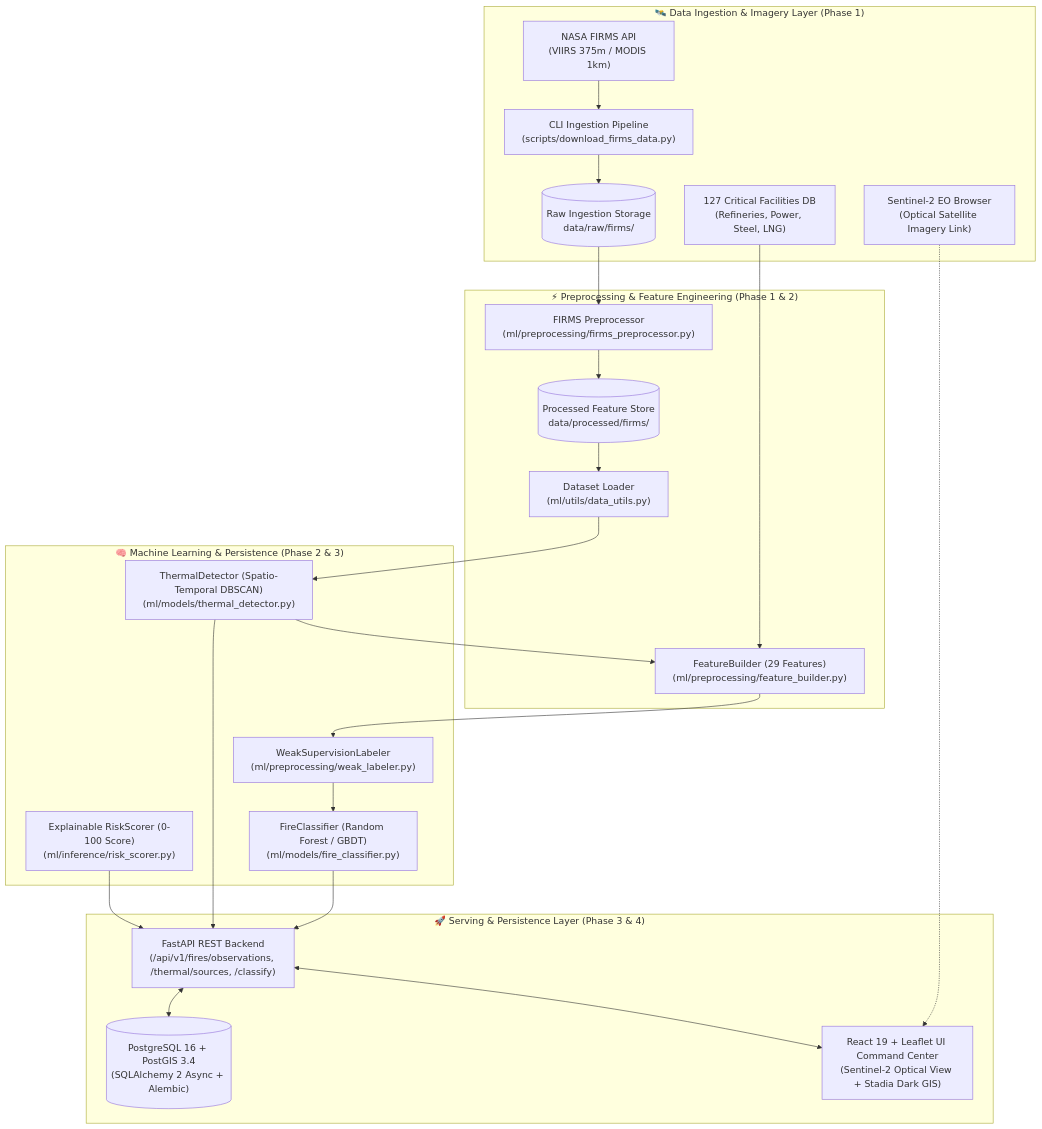
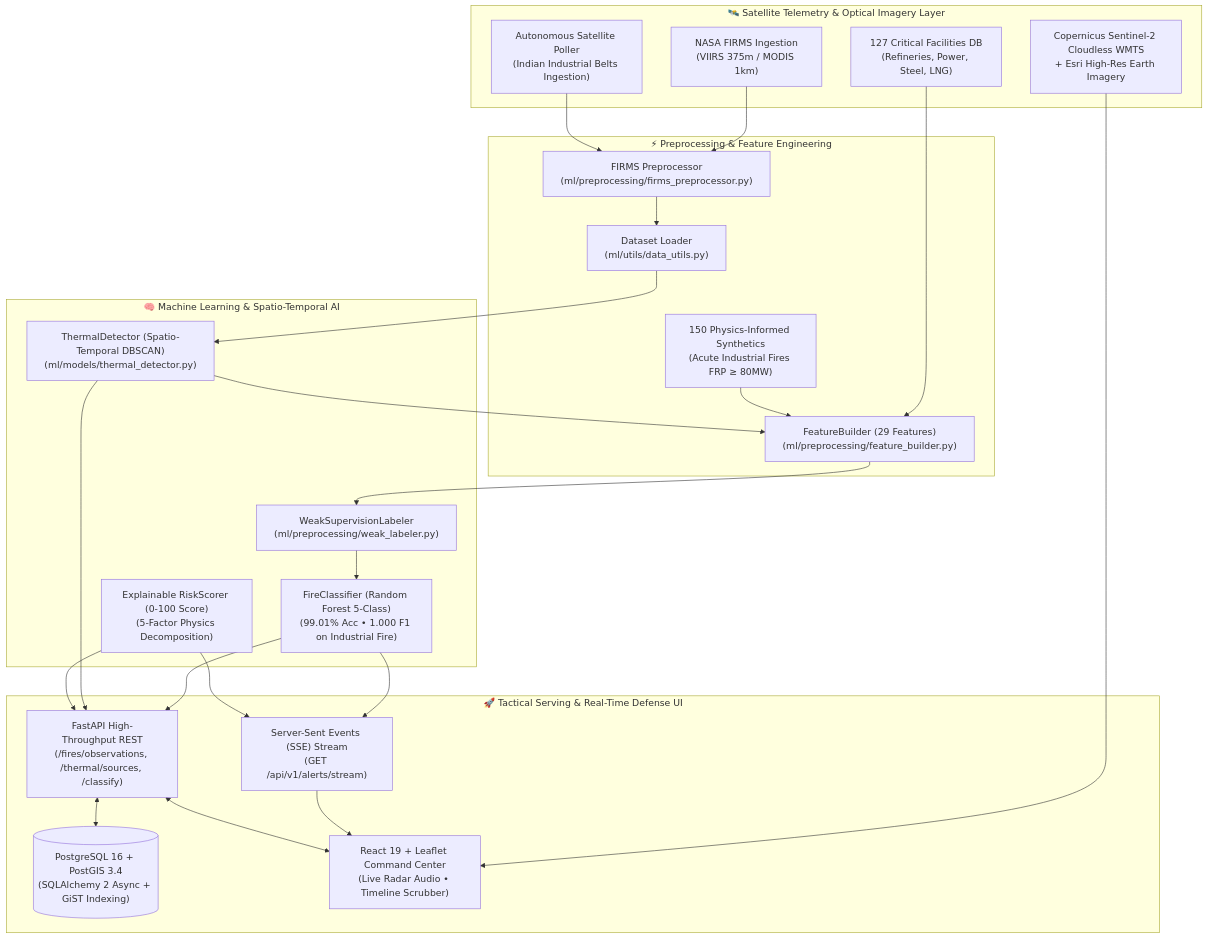
The diagram in SIH26162/README.md (AyushPrad2907/AI-Based-Detection-and-Classification-of-Industrial-Fires-and-Persistent-Thermal-Sources), drawn with Mermaid before and after one commit. The commit also changed other lines of this file, not shown here.

Commit message:
docs: finalize README with real-time architecture, Phase 6/7 roadmap, and 1-command Docker launch

````diff
--- a/SIH26162/README.md
+++ b/SIH26162/README.md
@@ -63,41 +63,46 @@
 ```mermaid
 flowchart TB
-    subgraph S1["🛰️ Data Ingestion & Imagery Layer (Phase 1)"]
-        FIRMS["NASA FIRMS API<br/>(VIIRS 375m / MODIS 1km)"]
-        SENTINEL["Sentinel-2 EO Browser<br/>(Optical Satellite Imagery Link)"]
+    subgraph S1["🛰️ Satellite Telemetry & Optical Imagery Layer"]
+        FIRMS["NASA FIRMS Ingestion<br/>(VIIRS 375m / MODIS 1km)"]
+        SENTINEL["Copernicus Sentinel-2 Cloudless WMTS<br/>+ Esri High-Res Earth Imagery"]
         GAZETTEER["127 Critical Facilities DB<br/>(Refineries, Power, Steel, LNG)"]
-        CLI["CLI Ingestion Pipeline<br/>(scripts/download_firms_data.py)"]
-        RAW_DB[("Raw Ingestion Storage<br/>data/raw/firms/")]
+        POLLER["Autonomous Satellite Poller<br/>(Indian Industrial Belts Ingestion)"]
     end
 
-    subgraph S2["⚡ Preprocessing & Feature Engineering (Phase 1 & 2)"]
+    subgraph S2["⚡ Preprocessing & Feature Engineering"]
         PRE["FIRMS Preprocessor<br/>(ml/preprocessing/firms_preprocessor.py)"]
         LOADER["Dataset Loader<br/>(ml/utils/data_utils.py)"]
         FEAT["FeatureBuilder (29 Features)<br/>(ml/preprocessing/feature_builder.py)"]
-        PROC_DB[("Processed Feature Store<br/>data/processed/firms/")]
+        SYNTH["150 Physics-Informed Synthetics<br/>(Acute Industrial Fires FRP ≥ 80MW)"]
     end
 
-    subgraph S3["🧠 Machine Learning & Persistence (Phase 2 & 3)"]
+    subgraph S3["🧠 Machine Learning & Spatio-Temporal AI"]
         THERMAL["ThermalDetector (Spatio-Temporal DBSCAN)<br/>(ml/models/thermal_detector.py)"]
         LABELER["WeakSupervisionLabeler<br/>(ml/preprocessing/weak_labeler.py)"]
-        CLS["FireClassifier (Random Forest / GBDT)<br/>(ml/models/fire_classifier.py)"]
-        RISK["Explainable RiskScorer (0-100 Score)<br/>(ml/inference/risk_scorer.py)"]
+        CLS["FireClassifier (Random Forest 5-Class)<br/>(99.01% Acc • 1.000 F1 on Industrial Fire)"]
+        RISK["Explainable RiskScorer (0-100 Score)<br/>(5-Factor Physics Decomposition)"]
     end
 
-    subgraph S4["🚀 Serving & Persistence Layer (Phase 3 & 4)"]
-        FASTAPI["FastAPI REST Backend<br/>(/api/v1/fires/observations, /thermal/sources, /classify)"]
-        POSTGIS[("PostgreSQL 16 + PostGIS 3.4<br/>(SQLAlchemy 2 Async + Alembic)")]
-        REACT["React 19 + Leaflet UI Command Center<br/>(Sentinel-2 Optical View + Stadia Dark GIS)"]
+    subgraph S4["🚀 Tactical Serving & Real-Time Defense UI"]
+        FASTAPI["FastAPI High-Throughput REST<br/>(/fires/observations, /thermal/sources, /classify)"]
+        SSE_BROKER["Server-Sent Events (SSE) Stream<br/>(GET /api/v1/alerts/stream)"]
+        POSTGIS[("PostgreSQL 16 + PostGIS 3.4<br/>(SQLAlchemy 2 Async + GiST Indexing)")]
+        REACT["React 19 + Leaflet Command Center<br/>(Live Radar Audio • Timeline Scrubber)"]
     end
 
-    FIRMS --> CLI --> RAW_DB --> PRE --> PROC_DB --> LOADER
+    FIRMS --> PRE --> LOADER
+    POLLER --> PRE
+    GAZETTEER --> FEAT
+    SYNTH --> FEAT
     LOADER --> THERMAL --> FEAT
-    GAZETTEER --> FEAT
     FEAT --> LABELER --> CLS
     CLS --> FASTAPI
+    CLS --> SSE_BROKER
     THERMAL --> FASTAPI
     RISK --> FASTAPI
-    SENTINEL -.-> REACT
+    RISK --> SSE_BROKER
+    SENTINEL --> REACT
+    SSE_BROKER --> REACT
     FASTAPI <--> POSTGIS
     FASTAPI <--> REACT
 ```
````
